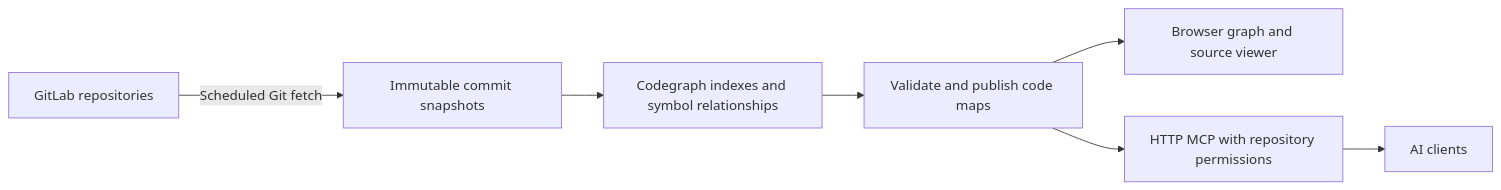
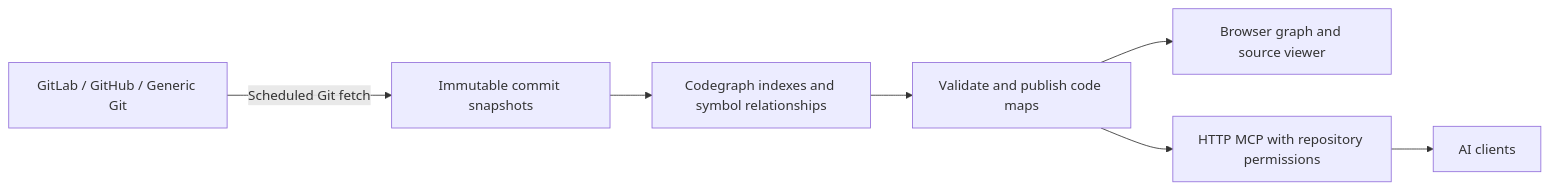
The diagram in README_EN.md (zzxCoding/repo-harbor), drawn with Mermaid before and after one commit. The commit also changed other lines of this file and 42 other files, not shown here.

Commit message:
feat: support GitHub and generic Git with multiple connections

````diff
--- a/README_EN.md
+++ b/README_EN.md
@@ -30,9 +30,9 @@
 ```mermaid
 flowchart LR
-    G[GitLab repositories] -->|Scheduled Git fetch| S[Immutable commit snapshots]
+    G[GitLab / GitHub / Generic Git] -->|Scheduled Git fetch| S[Immutable commit snapshots]
     S --> C[Codegraph indexes and symbol relationships]
     C --> P[Validate and publish code maps]
     P --> W[Browser graph and source viewer]
     P --> M[HTTP MCP with repository permissions]
     M --> A[AI clients]
 ```
````
